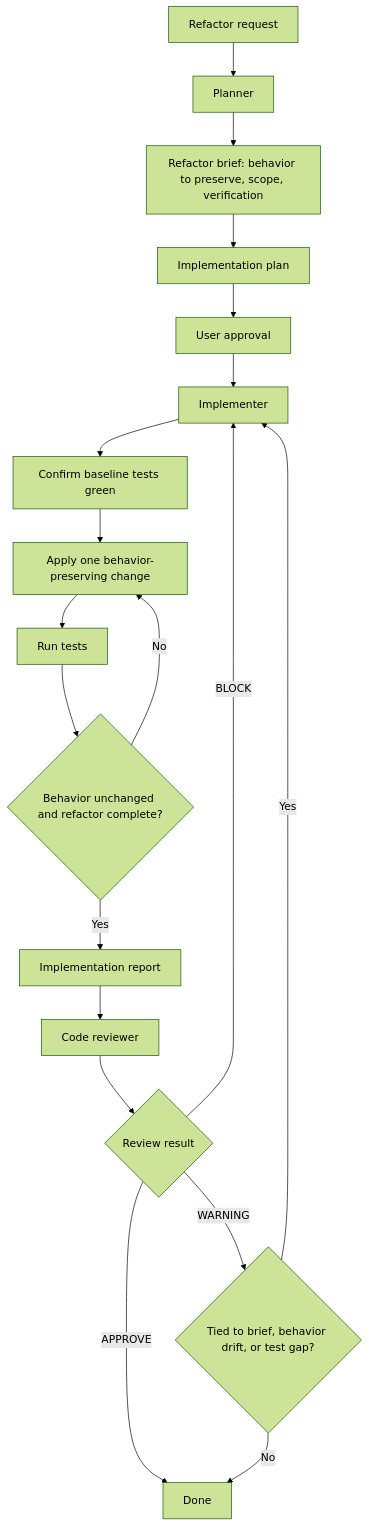
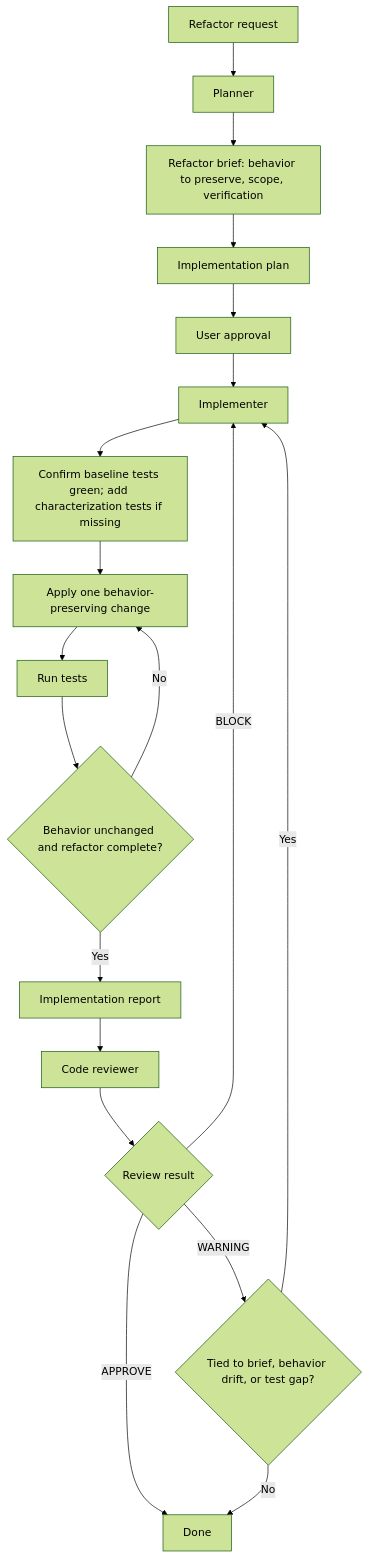
One commit to aloilor/lean-coding-agent changed the third of 4 diagrams in README.md. Above: the diagram before and after it, drawn with Mermaid (forest theme). The commit also changed other lines of this file and 4 other files, not shown here.

First line of the commit message:
feat(agents): require characterization tests for uncovered refactors

````diff
--- a/README.md
+++ b/README.md
@@ -81,21 +81,21 @@
 ```mermaid
 flowchart TD
     A[Refactor request] --> B[Planner]
     B --> C[Refactor brief: behavior to preserve, scope, verification]
     C --> D[Implementation plan]
     D --> E[User approval]
     E --> F[Implementer]
-    F --> G[Confirm baseline tests green]
+    F --> G[Confirm baseline tests green; add characterization tests if missing]
     G --> H[Apply one behavior-preserving change]
     H --> I[Run tests]
     I --> J{Behavior unchanged and refactor complete?}
     J -->|No| H
     J -->|Yes| K[Implementation report]
     K --> L[Code reviewer]
     L --> M{Review result}
     M -->|APPROVE| N[Done]
     M -->|BLOCK| F
     M -->|WARNING| O{Tied to brief, behavior drift, or test gap?}
     O -->|Yes| F
     O -->|No| N
 ```
````
